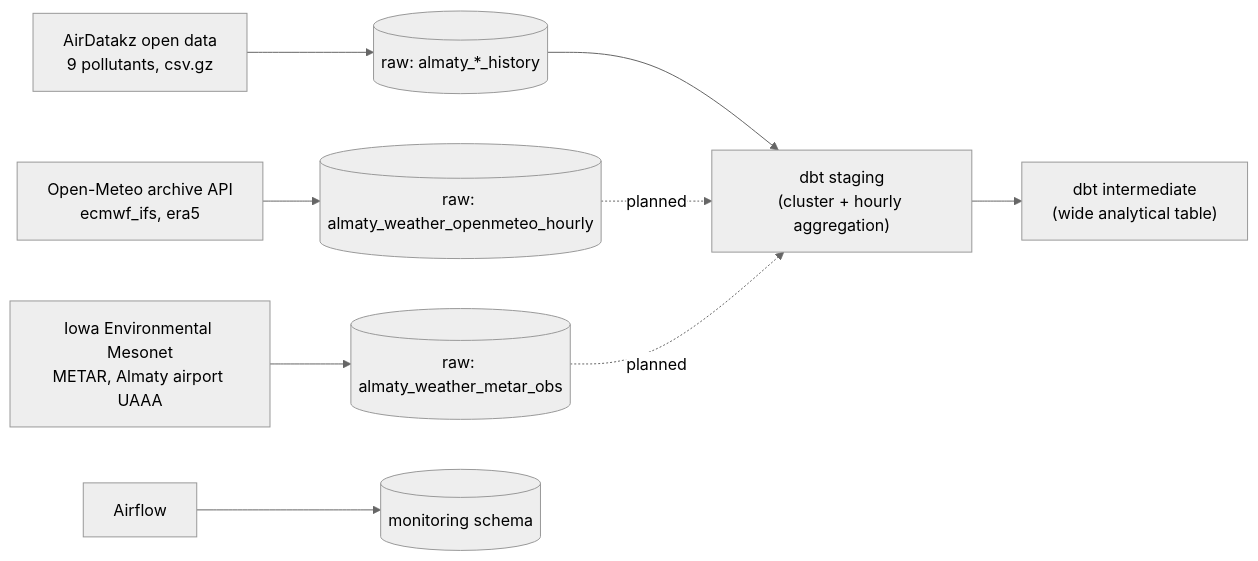
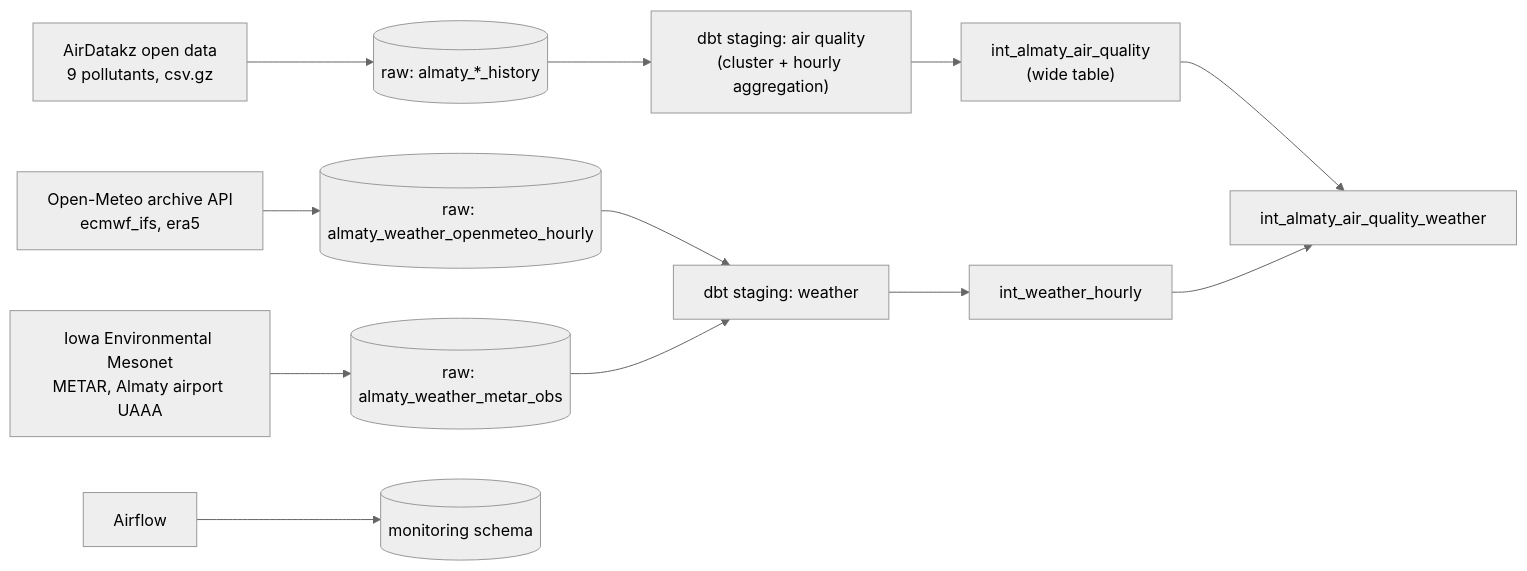
Before and after one commit to YVMikh/my-airflow-docker: the diagram in README.md, drawn with Mermaid (neutral theme). The commit also changed other lines of this file and 7 other files, not shown here.

````diff
--- a/README.md
+++ b/README.md
@@ -46,11 +46,14 @@
 ```mermaid
 flowchart LR
     A["AirDatakz open data<br/>9 pollutants, csv.gz"] --> R1[("raw: almaty_*_history")]
     B["Open-Meteo archive API<br/>ecmwf_ifs, era5"] --> R2[("raw: almaty_weather_openmeteo_hourly")]
     C["Iowa Environmental Mesonet<br/>METAR, Almaty airport UAAA"] --> R3[("raw: almaty_weather_metar_obs")]
-    R1 --> S["dbt staging<br/>(cluster + hourly aggregation)"]
-    S --> I["dbt intermediate<br/>(wide analytical table)"]
-    R2 -. planned .-> S
-    R3 -. planned .-> S
+    R1 --> S1["dbt staging: air quality<br/>(cluster + hourly aggregation)"]
+    R2 --> S2["dbt staging: weather"]
+    R3 --> S2
+    S1 --> I1["int_almaty_air_quality<br/>(wide table)"]
+    S2 --> I2["int_weather_hourly"]
+    I1 --> I3["int_almaty_air_quality_weather"]
+    I2 --> I3
     AF["Airflow"] --> M[("monitoring schema")]
 ```
````
